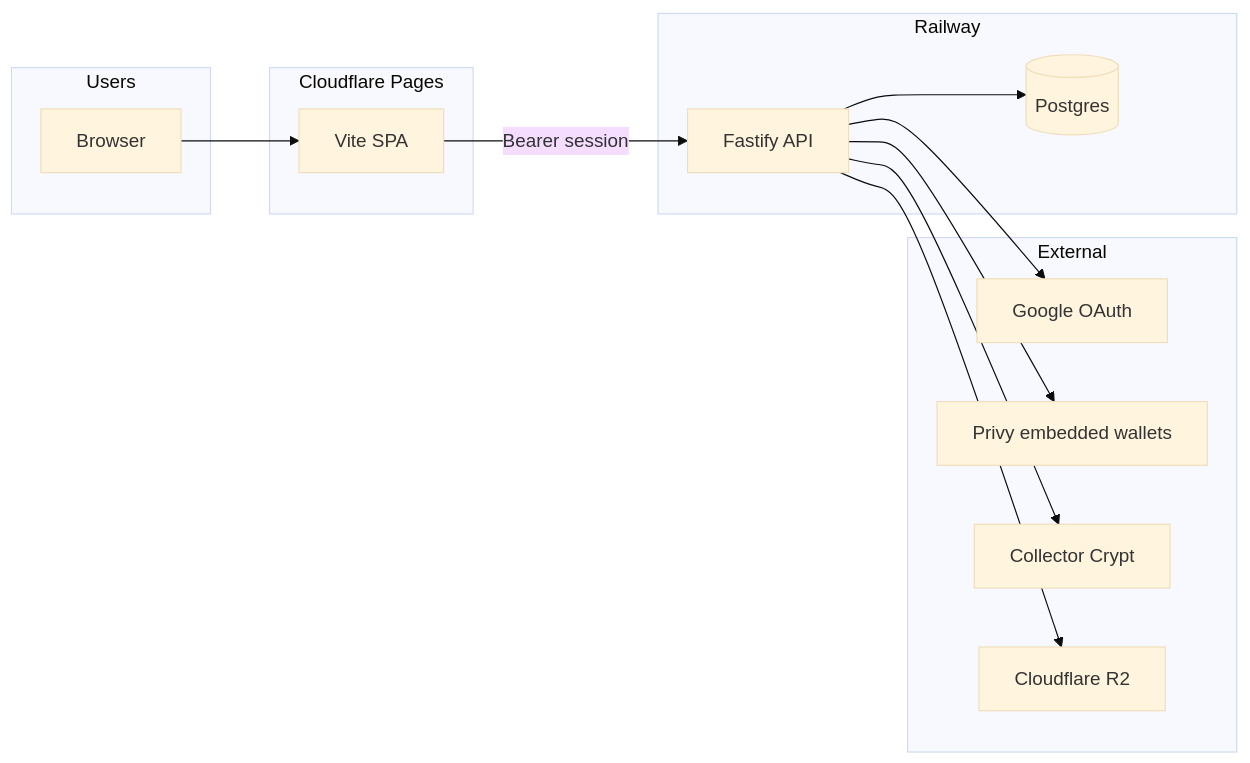
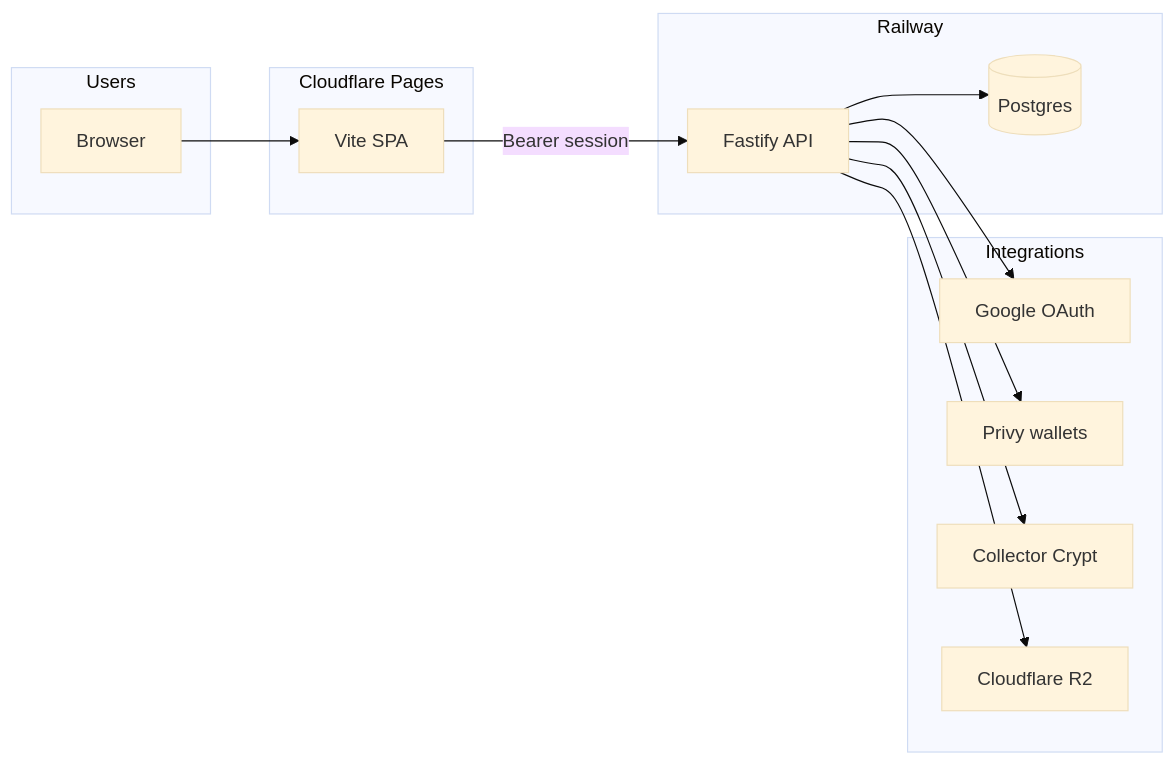
Before and after one commit to Pocketpull/.github: the diagram in profile/README.md, drawn with Mermaid (base theme). The commit also changed other lines of this file and 3 other files, not shown here.

````diff
--- a/profile/README.md
+++ b/profile/README.md
@@ -27,26 +70,26 @@
 ```mermaid
 flowchart LR
   subgraph users [Users]
     Browser[Browser]
   end
   subgraph cf [Cloudflare Pages]
     SPA[Vite SPA]
   end
   subgraph rw [Railway]
     API[Fastify API]
     DB[(Postgres)]
   end
-  subgraph external [External]
+  subgraph external [Integrations]
     Google[Google OAuth]
-    Privy[Privy embedded wallets]
+    Privy[Privy wallets]
     CC[Collector Crypt]
     R2[Cloudflare R2]
   end
   Browser --> SPA
   SPA -->|Bearer session| API
   API --> DB
   API --> Google
   API --> Privy
   API --> CC
   API --> R2
 ```
````
